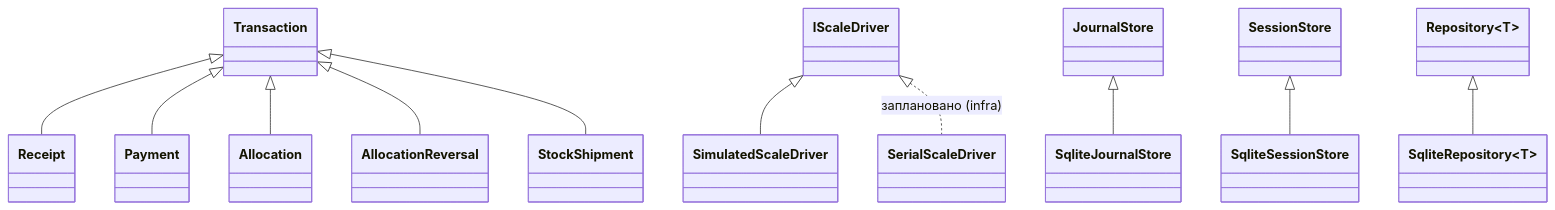
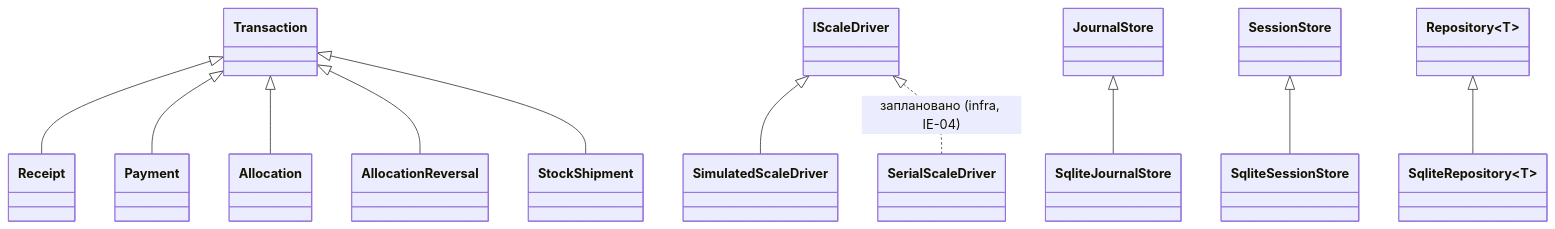
One commit to IsNazarii/Berry-WMS-Terminal changed the diagram in docs/course_mapping.md. Above: the diagram before and after it, drawn with Mermaid. The commit also changed 7 other files, not shown here.

````diff
--- a/docs/course_mapping.md
+++ b/docs/course_mapping.md
@@ -38,13 +38,13 @@
 ```mermaid
 classDiagram
     Transaction <|-- Receipt
     Transaction <|-- Payment
     Transaction <|-- Allocation
     Transaction <|-- AllocationReversal
     Transaction <|-- StockShipment
     IScaleDriver <|-- SimulatedScaleDriver
-    IScaleDriver <|.. SerialScaleDriver : заплановано (infra)
+    IScaleDriver <|.. SerialScaleDriver : заплановано (infra, ІЕ-04)
     JournalStore <|-- SqliteJournalStore
     SessionStore <|-- SqliteSessionStore
     Repository~T~ <|-- SqliteRepository~T~
 ```
````
